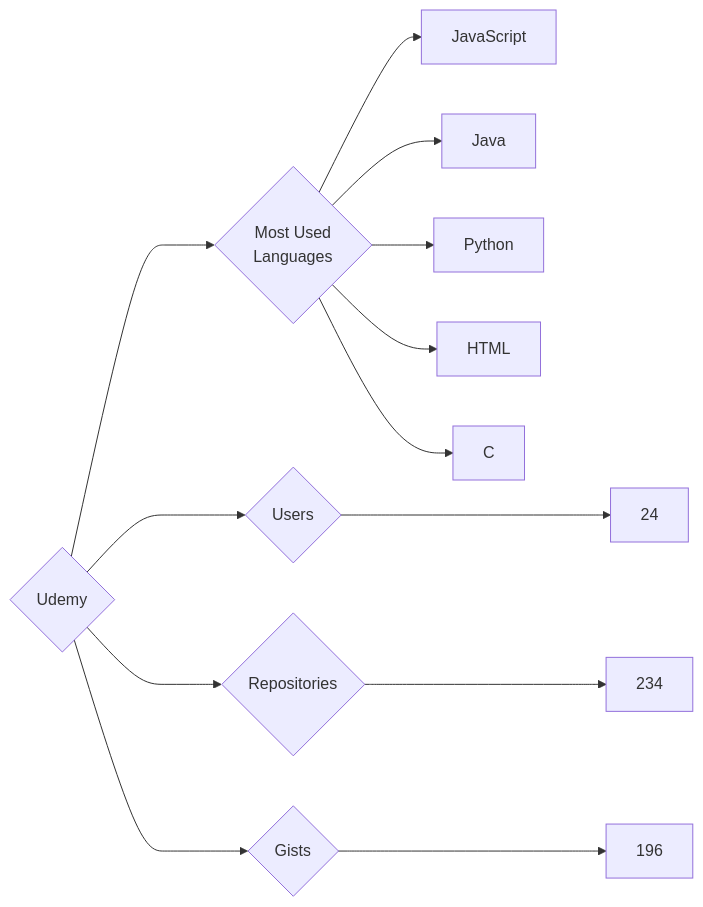
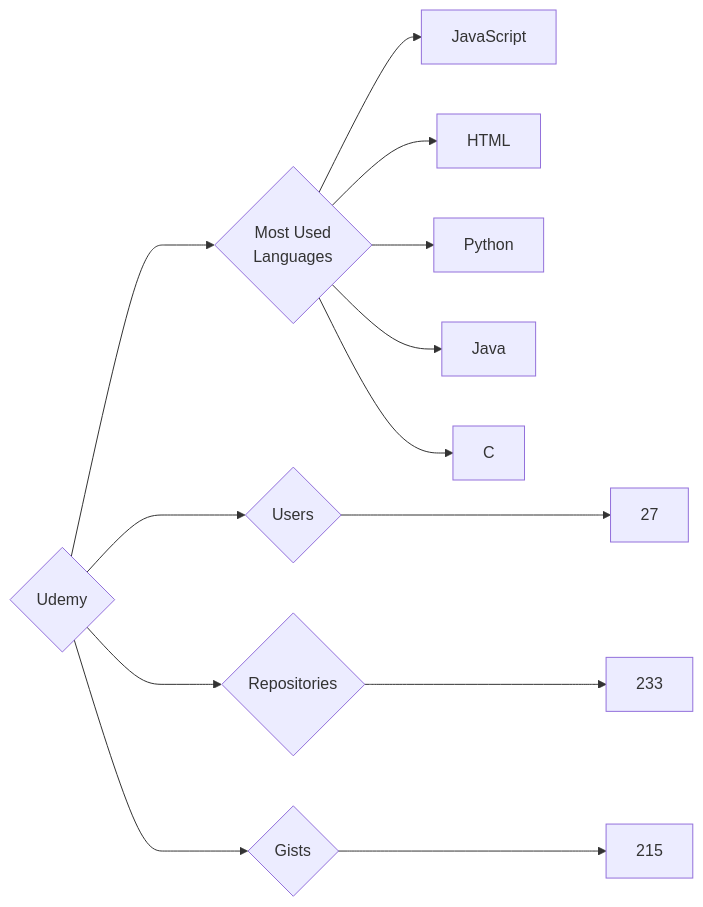
Before and after one commit to trickest/insiders: the diagram in targets/Udemy/README.md, drawn with Mermaid. The commit also changed 912 other files, not shown here.

````diff
--- a/targets/Udemy/README.md
+++ b/targets/Udemy/README.md
@@ -3,13 +3,13 @@
 ```mermaid
 graph LR
 COMPANY_NAME{Udemy}
-COMPANY_NAME ---> U{Users} ---> UN[24]
-COMPANY_NAME ---> R{Repositories} ---> RN[234]
-COMPANY_NAME ---> G{Gists} ---> GN[196]
+COMPANY_NAME ---> U{Users} ---> UN[27]
+COMPANY_NAME ---> R{Repositories} ---> RN[233]
+COMPANY_NAME ---> G{Gists} ---> GN[215]
 COMPANY_NAME ---> ML{Most Used<br>Languages}
 ML --> JavaScript[JavaScript]
+ML --> HTML[HTML]
+ML --> Python[Python]
 ML --> Java[Java]
-ML --> Python[Python]
-ML --> HTML[HTML]
 ML --> C[C]
 ```
````
